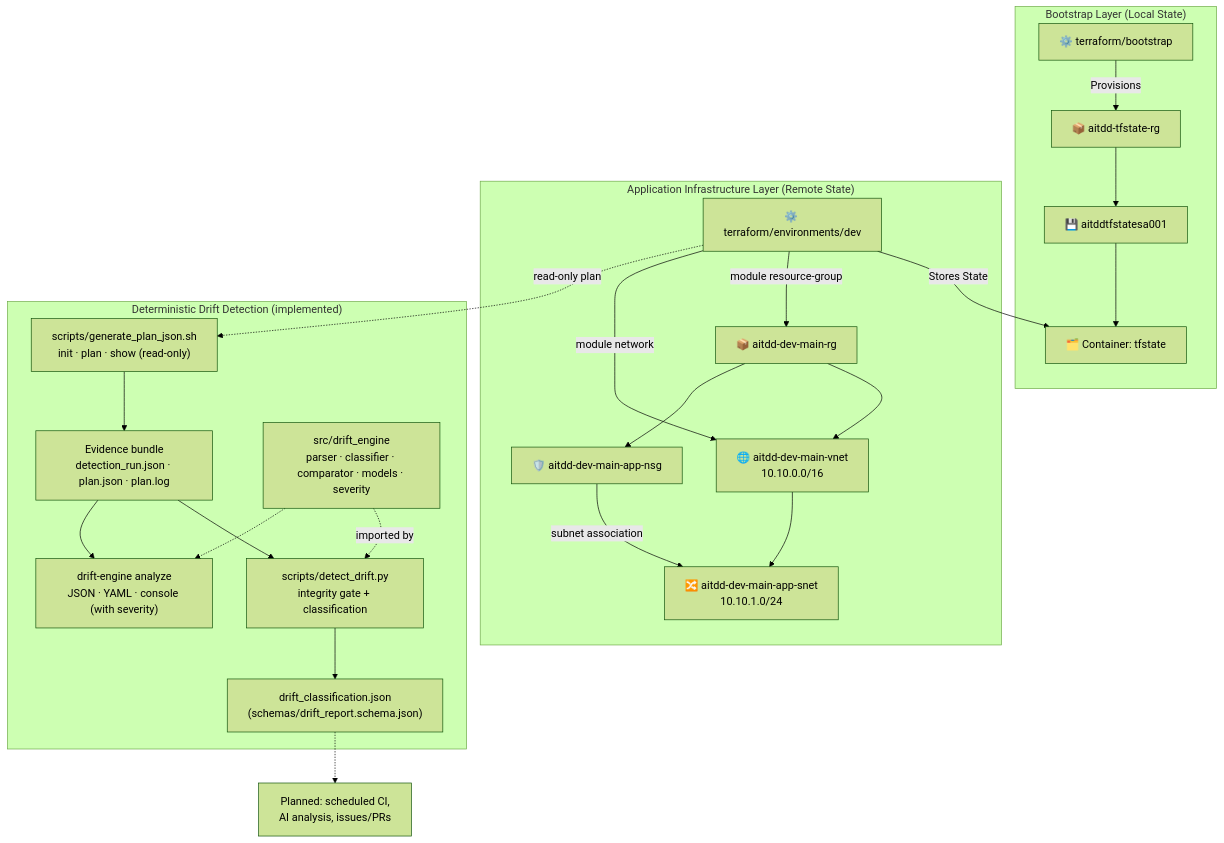
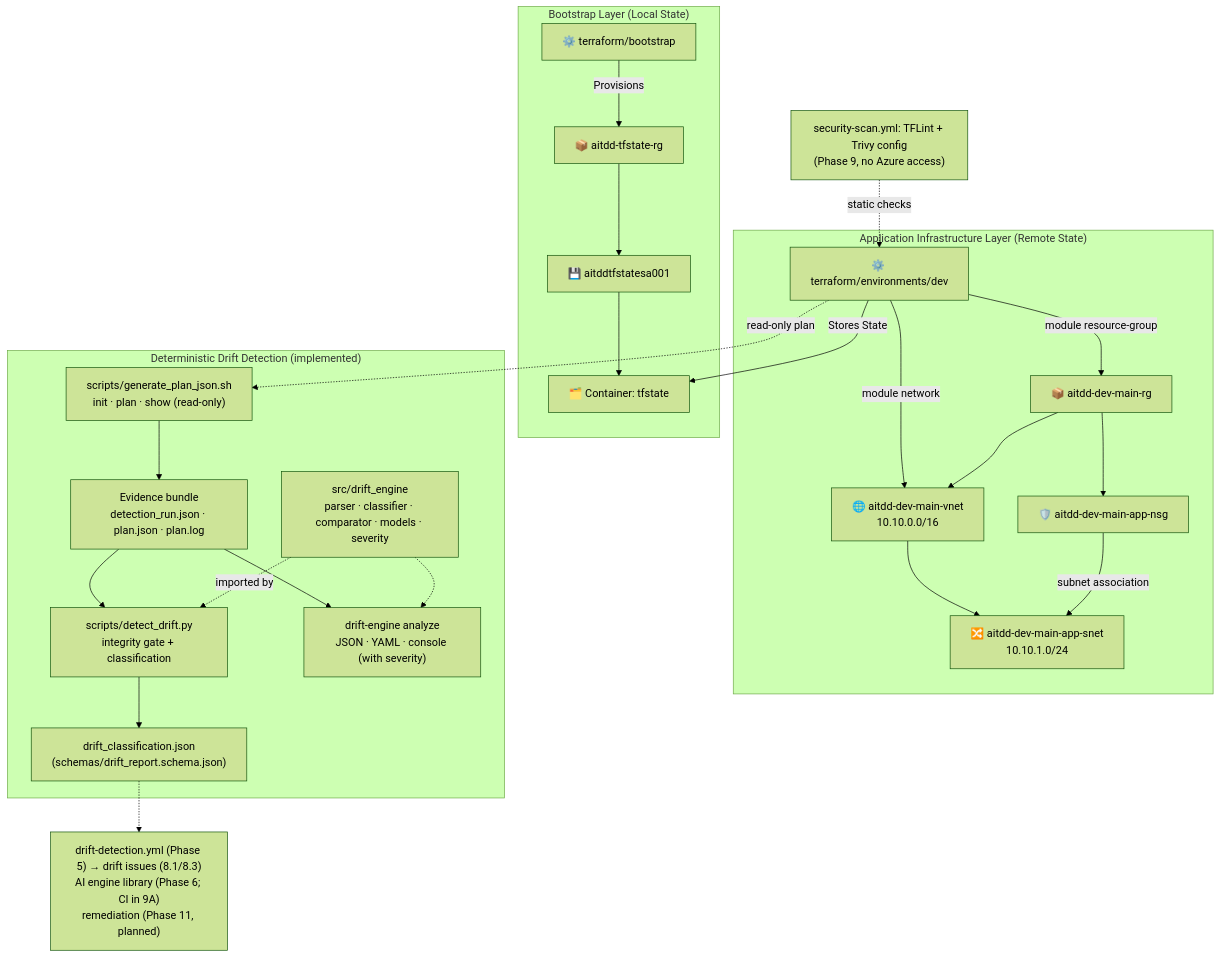
Before and after one commit to HarshAgarwal1102/ai-terraform-drift-detector: the diagram in README.md, drawn with Mermaid (forest theme). The commit also changed other lines of this file and 3 other files, not shown here.

````diff
--- a/README.md
+++ b/README.md
@@ -84,30 +133,31 @@
 ```mermaid
 flowchart TD
     subgraph "Bootstrap Layer (Local State)"
         BOOTSTRAP["⚙️ terraform/bootstrap"] -->|"Provisions"| STATE_RG["📦 aitdd-tfstate-rg"]
         STATE_RG --> STATE_SA["💾 aitddtfstatesa001"]
         STATE_SA --> STATE_CONTAINER["🗂️ Container: tfstate"]
     end
 
     subgraph "Application Infrastructure Layer (Remote State)"
         DEV_ENV["⚙️ terraform/environments/dev"] -->|"Stores State"| STATE_CONTAINER
         DEV_ENV -->|"module resource-group"| APP_RG["📦 aitdd-dev-main-rg"]
         DEV_ENV -->|"module network"| APP_VNET["🌐 aitdd-dev-main-vnet<br/>10.10.0.0/16"]
         APP_RG --> APP_VNET
         APP_VNET --> APP_SNET["🔀 aitdd-dev-main-app-snet<br/>10.10.1.0/24"]
         APP_NSG["🛡️ aitdd-dev-main-app-nsg"] -->|"subnet association"| APP_SNET
         APP_RG --> APP_NSG
     end
 
     subgraph "Deterministic Drift Detection (implemented)"
         GEN["scripts/generate_plan_json.sh<br/>init · plan · show (read-only)"] --> BUNDLE["Evidence bundle<br/>detection_run.json · plan.json · plan.log"]
         BUNDLE --> DETECT["scripts/detect_drift.py<br/>integrity gate + classification"]
         DETECT --> REPORT["drift_classification.json<br/>(schemas/drift_report.schema.json)"]
         ENGINE["src/drift_engine<br/>parser · classifier · comparator · models · severity"] -.->|"imported by"| DETECT
         BUNDLE --> CLI["drift-engine analyze<br/>JSON · YAML · console (with severity)"]
         ENGINE -.-> CLI
     end
 
     DEV_ENV -.->|"read-only plan"| GEN
-    REPORT -.-> FUTURE["Planned: scheduled CI,<br/>AI analysis, issues/PRs"]
+    REPORT -.-> CONSUMERS["drift-detection.yml (Phase 5) → drift issues (8.1/8.3)<br/>AI engine library (Phase 6; CI in 9A)<br/>remediation (Phase 11, planned)"]
+    SCAN["security-scan.yml: TFLint + Trivy config<br/>(Phase 9, no Azure access)"] -.->|"static checks"| DEV_ENV
 ```
````
